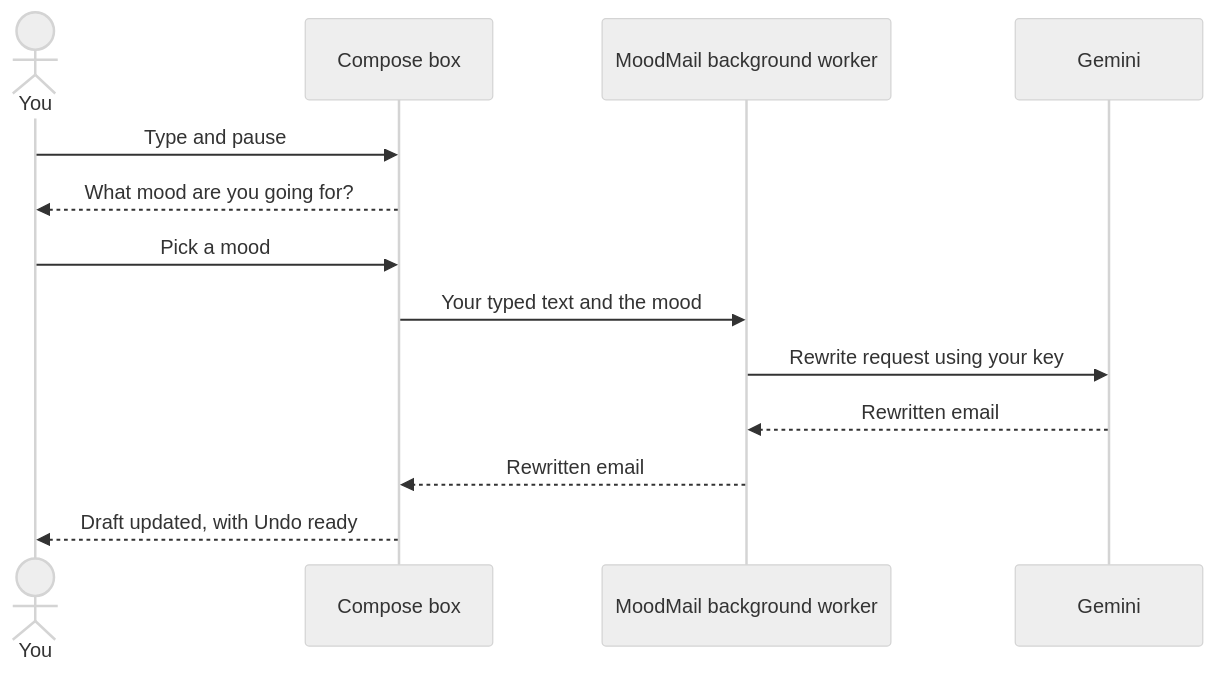
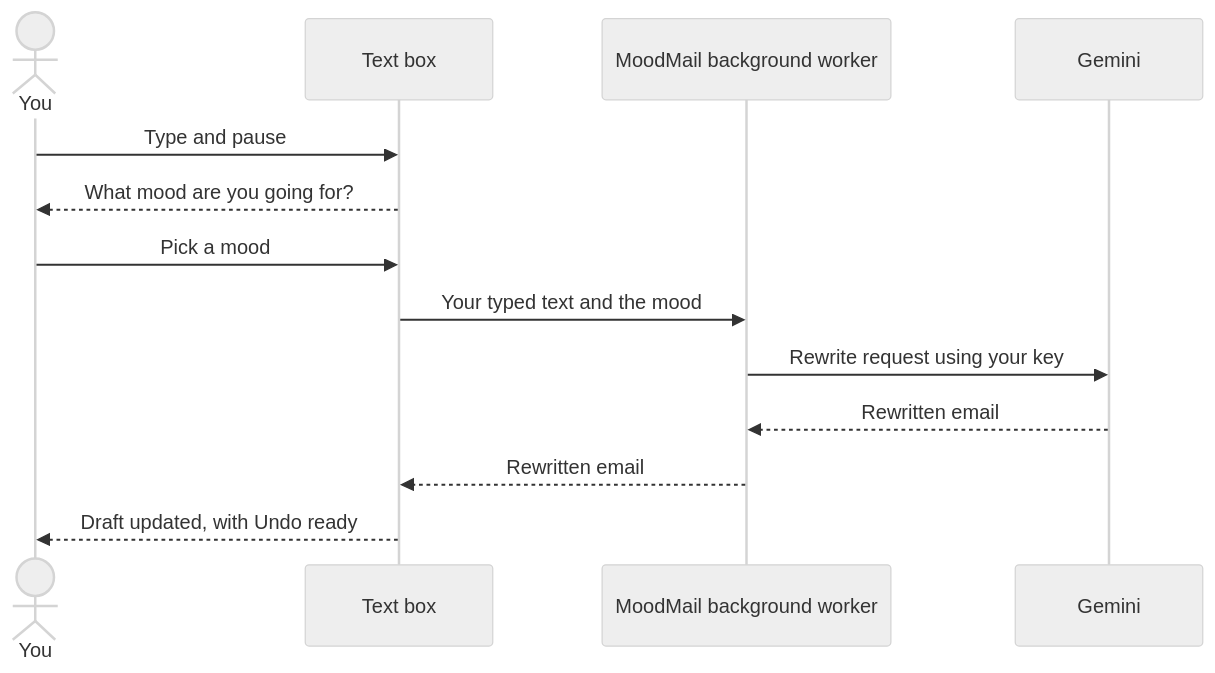
One commit to moazzanimran2007/moodmail changed the second of 2 diagrams in README.md. Above: the diagram before and after it, drawn with Mermaid (neutral theme). The commit also changed other lines of this file and 11 other files, not shown here.

````diff
--- a/README.md
+++ b/README.md
@@ -281,15 +301,15 @@
 ```mermaid
 sequenceDiagram
     actor You
-    participant Page as Compose box
+    participant Page as Text box
     participant Worker as MoodMail background worker
     participant Gemini
     You->>Page: Type and pause
     Page-->>You: What mood are you going for?
     You->>Page: Pick a mood
     Page->>Worker: Your typed text and the mood
     Worker->>Gemini: Rewrite request using your key
     Gemini-->>Worker: Rewritten email
     Worker-->>Page: Rewritten email
     Page-->>You: Draft updated, with Undo ready
 ```
````
